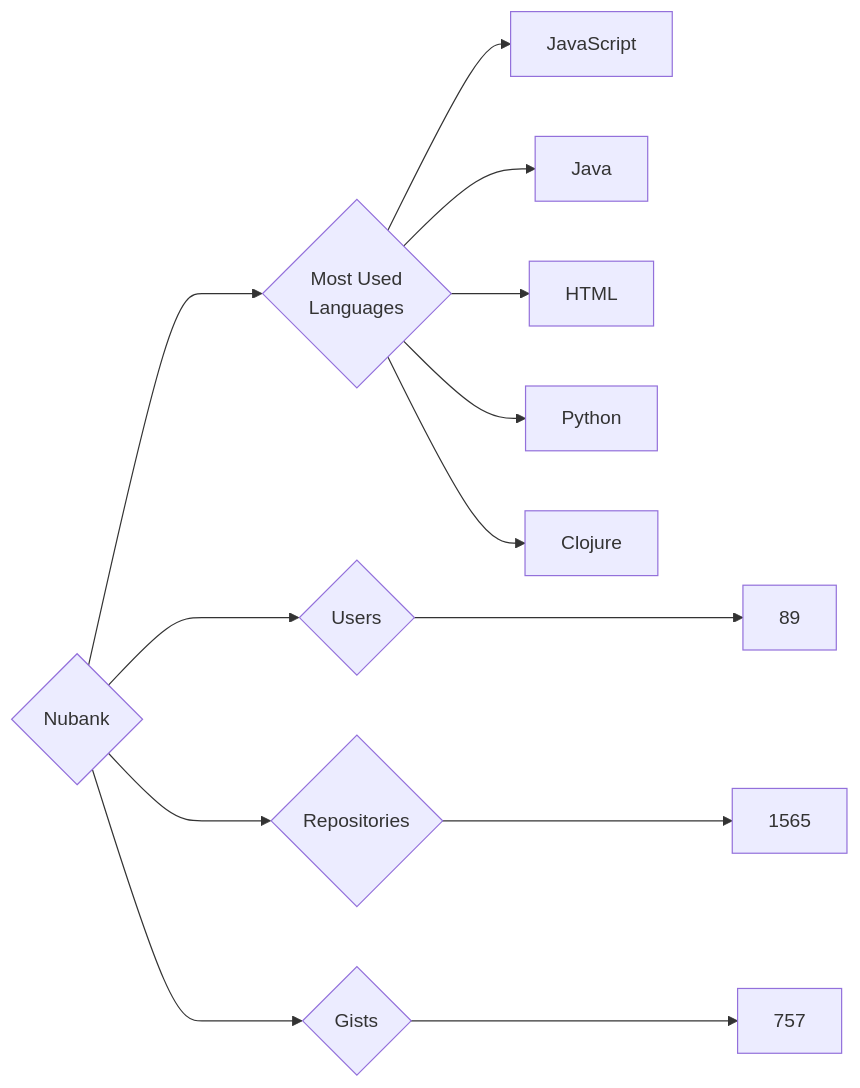
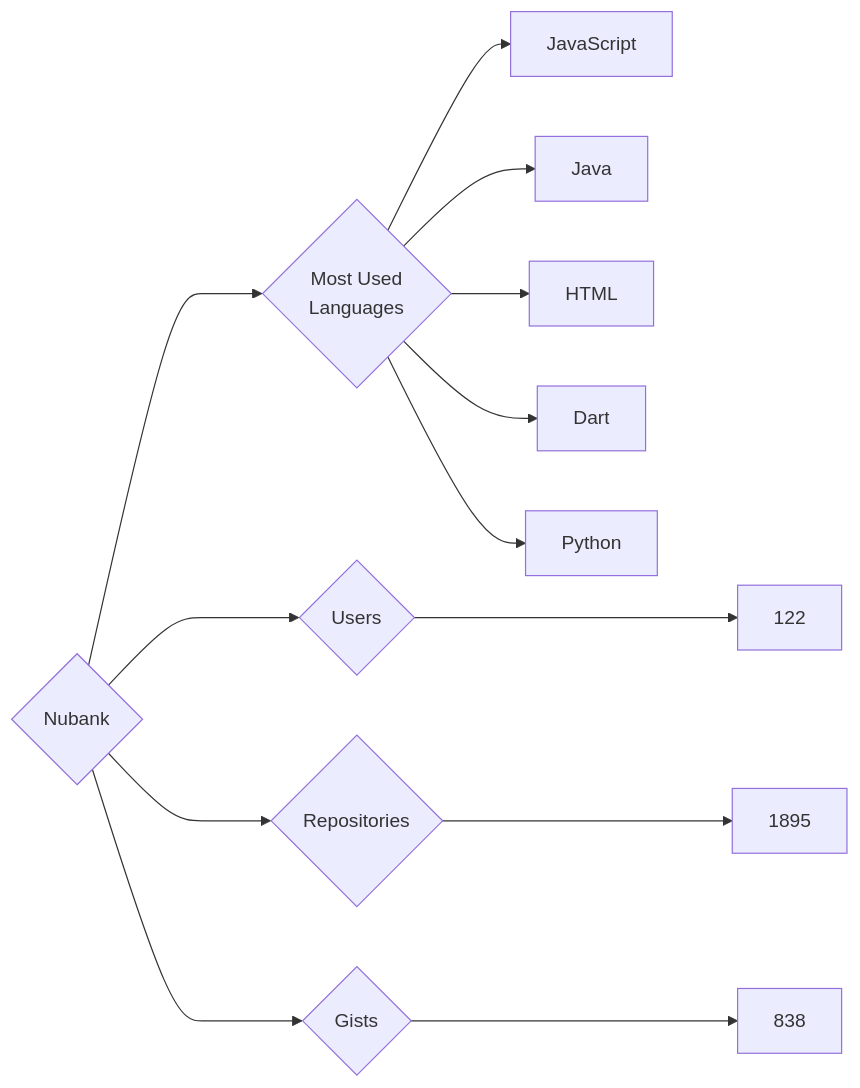
Before and after one commit to trickest/insiders: the diagram in targets/Nubank/README.md, drawn with Mermaid. The commit also changed 871 other files, not shown here.

````diff
--- a/targets/Nubank/README.md
+++ b/targets/Nubank/README.md
@@ -3,13 +3,13 @@
 ```mermaid
 graph LR
 COMPANY_NAME{Nubank}
-COMPANY_NAME ---> U{Users} ---> UN[89]
-COMPANY_NAME ---> R{Repositories} ---> RN[1565]
-COMPANY_NAME ---> G{Gists} ---> GN[757]
+COMPANY_NAME ---> U{Users} ---> UN[122]
+COMPANY_NAME ---> R{Repositories} ---> RN[1895]
+COMPANY_NAME ---> G{Gists} ---> GN[838]
 COMPANY_NAME ---> ML{Most Used<br>Languages}
 ML --> JavaScript[JavaScript]
 ML --> Java[Java]
 ML --> HTML[HTML]
+ML --> Dart[Dart]
 ML --> Python[Python]
-ML --> Clojure[Clojure]
 ```
````
